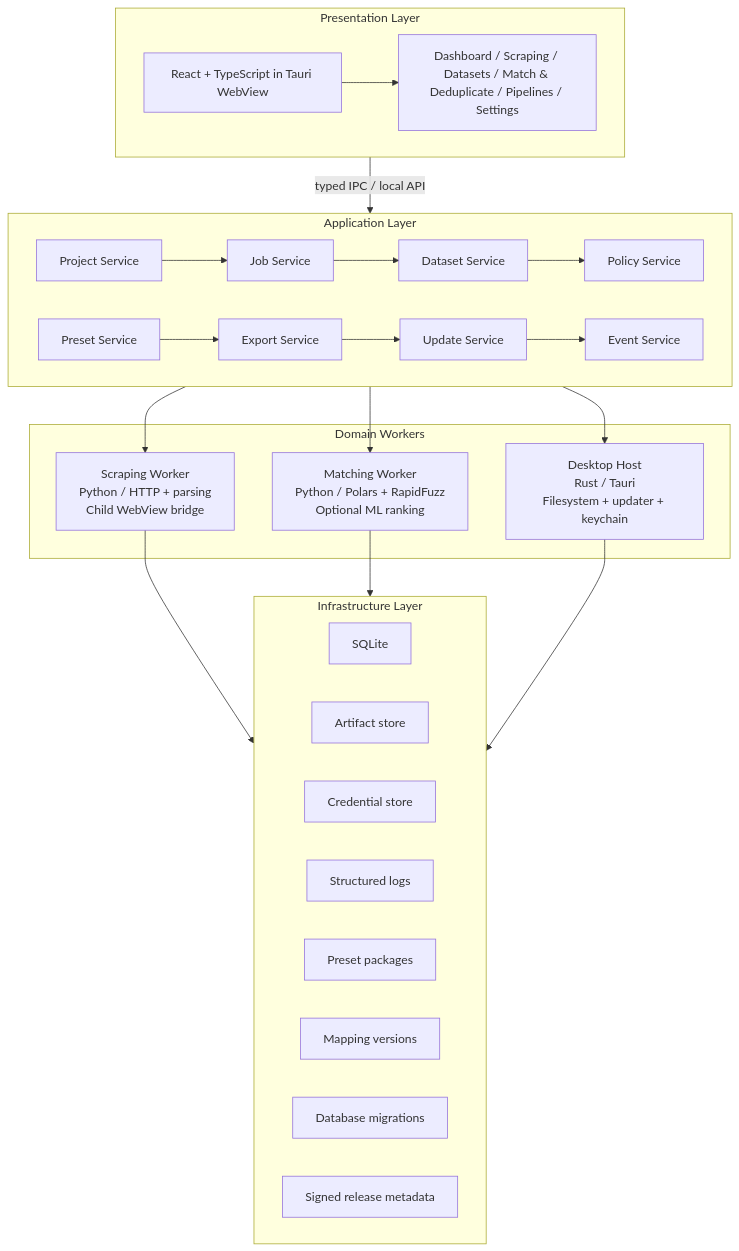
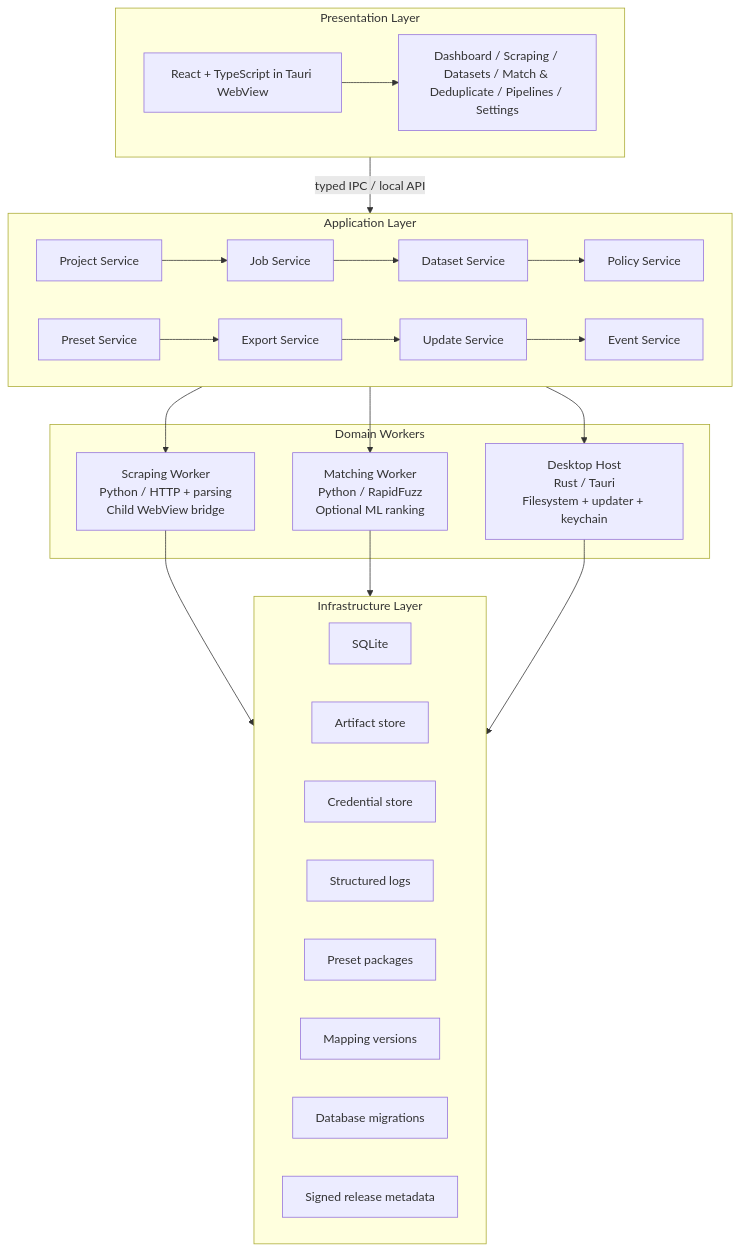
The diagram in docs/architecture.md (Mohammed-HeshamMohammed/DataForge), drawn with Mermaid before and after one commit. The commit also changed other lines of this file and 3 other files, not shown here.

First line of the commit message:
docs: stop claiming Polars in the matching worker

````diff
--- a/docs/architecture.md
+++ b/docs/architecture.md
@@ -32,50 +32,50 @@
 ```mermaid
 flowchart TB
     subgraph P[Presentation Layer]
         P1[React + TypeScript in Tauri WebView]
         P2[Dashboard / Scraping / Datasets / Match & Deduplicate / Pipelines / Settings]
     end
 
     subgraph A[Application Layer]
         A1[Project Service]
         A2[Job Service]
         A3[Dataset Service]
         A4[Policy Service]
         A5[Preset Service]
         A6[Export Service]
         A7[Update Service]
         A8[Event Service]
     end
 
     subgraph W[Domain Workers]
         W1[Scraping Worker\nPython / HTTP + parsing\nChild WebView bridge]
-        W2[Matching Worker\nPython / Polars + RapidFuzz\nOptional ML ranking]
+        W2[Matching Worker\nPython / RapidFuzz\nOptional ML ranking]
         W3[Desktop Host\nRust / Tauri\nFilesystem + updater + keychain]
     end
 
     subgraph I[Infrastructure Layer]
         I1[SQLite]
         I2[Artifact store]
         I3[Credential store]
         I4[Structured logs]
         I5[Preset packages]
         I6[Mapping versions]
         I7[Database migrations]
         I8[Signed release metadata]
     end
 
     P -->|typed IPC / local API| A
     A --> W1
     A --> W2
     A --> W3
     W1 --> I
     W2 --> I
     W3 --> I
     P1 --> P2
     A1 --> A2
     A2 --> A3
     A3 --> A4
     A5 --> A6
     A6 --> A7
     A7 --> A8
 ```
````
